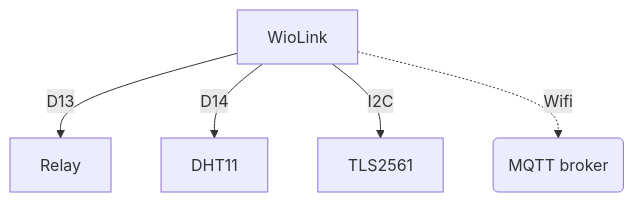
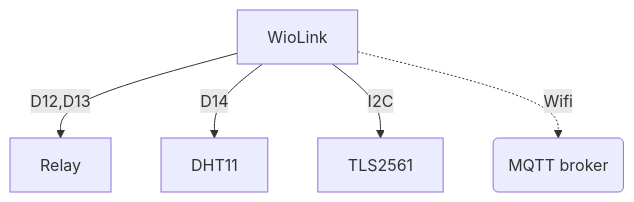
One commit to diegoquesada/WioGreenhouse changed the diagram in README.md. Above: the diagram before and after it, drawn with Mermaid. The commit also changed other lines of this file and 3 other files, not shown here.

````diff
--- a/README.md
+++ b/README.md
@@ -12,7 +12,7 @@
 ```mermaid
 graph TD;
-   A[WioLink] --> |D13| B[Relay]
+   A[WioLink] --> |D12,D13| B[Relay]
    A --> |D14| C[DHT11]
    A --> |I2C| D[TLS2561]
    A -.-> |Wifi| E(MQTT broker)
 ```
````
